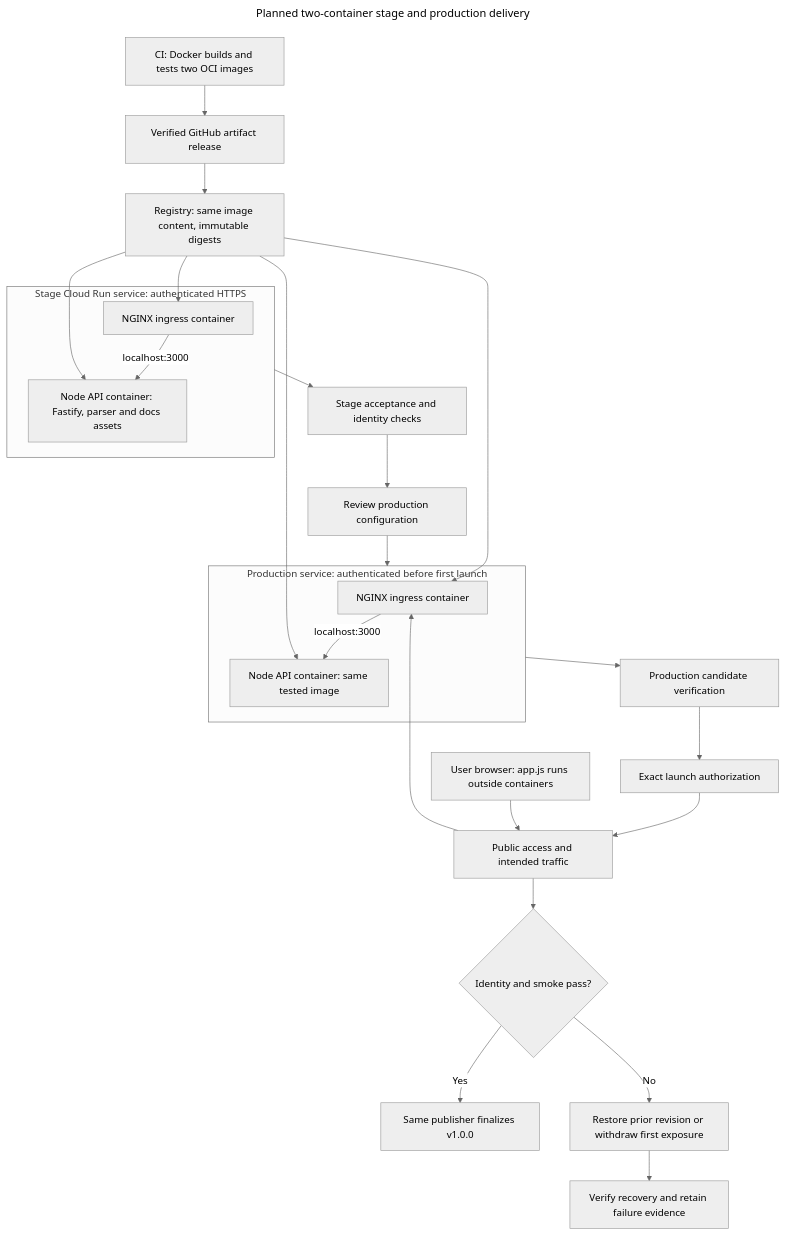
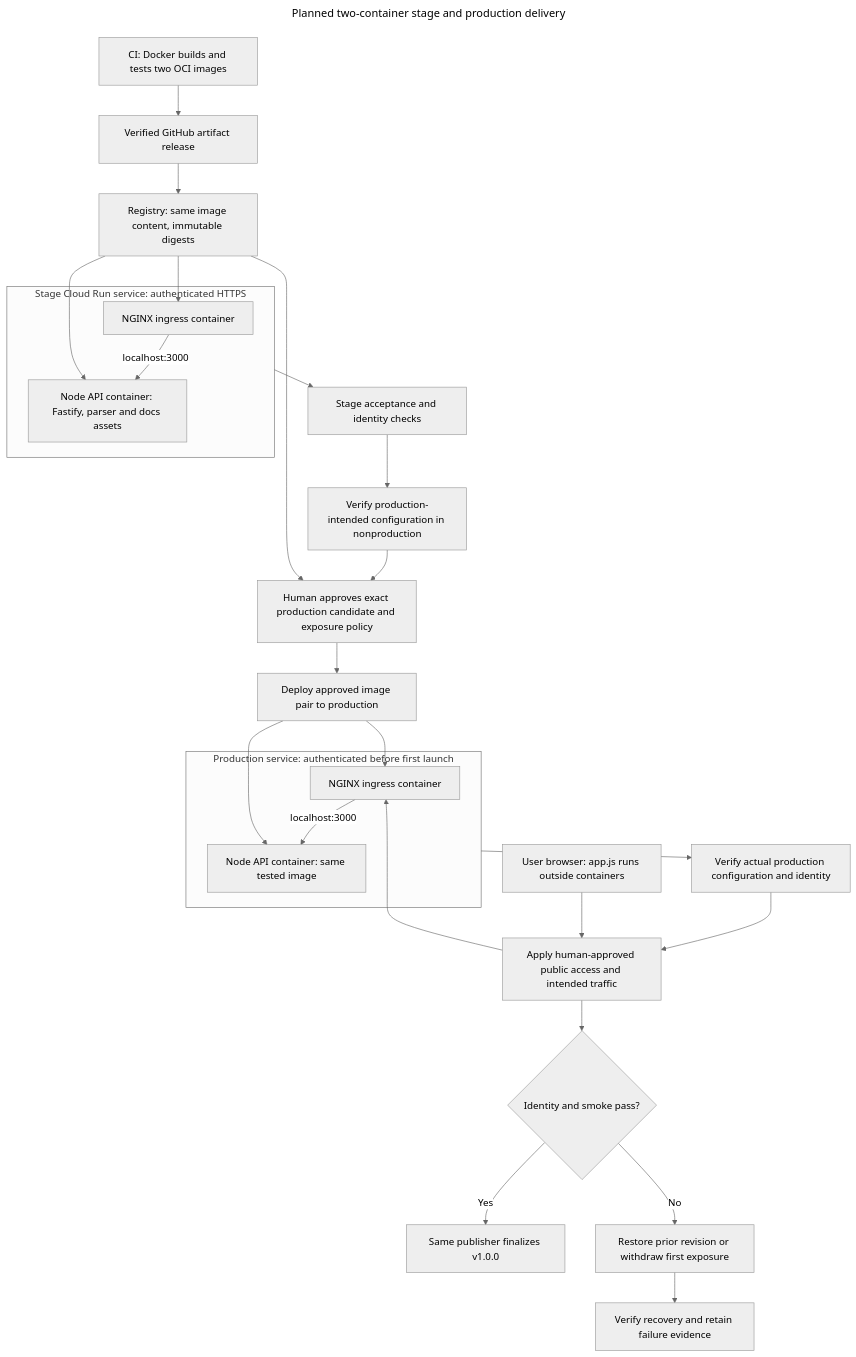
The diagram in docs/roadmap/diagrams/deployment.mmd (brobro10000/mp3-frame-counter), drawn with Mermaid (neutral theme) before and after one commit. The commit also changed 4 other files, not shown here.

Commit message:
docs(deployment): require human approval before production deployment

```diff
--- a/docs/roadmap/diagrams/deployment.mmd
+++ b/docs/roadmap/diagrams/deployment.mmd
@@ -1,42 +1,43 @@
 ---
 title: Planned two-container stage and production delivery
 query: >-
   Show planned Cloud Run services containing separately built NGINX and Node API containers, with the pure parser
   and docs assets inside the API container. CI builds/tests Docker images; Cloud Run runs their OCI contents without
   a hosted Docker daemon. Stage and production use the same tested digests and environment-specific configuration.
-  Keep prelaunch access authenticated, and show exact launch approval, smoke, metadata finalization and recovery.
+  Require human approval before any production application deployment, then show smoke, finalization and recovery.
   Browser code executes outside containers. No deployment is claimed by this diagram.
 references:
   - 'File: /docs/roadmap/README.md'
   - 'File: /docs/phases/next-iteration.md'
   - 'File: /docs/deployment/runbook.md'
 ---
 flowchart TD
     CI["CI: Docker builds and tests two OCI images"] --> PUB["Verified GitHub artifact release"]
     PUB --> REG["Registry: same image content, immutable digests"]
     subgraph STAGE["Stage Cloud Run service: authenticated HTTPS"]
         SF["NGINX ingress container"]
         SA["Node API container: Fastify, parser and docs assets"]
         SF -->|"localhost:3000"| SA
     end
     REG --> SF
     REG --> SA
     STAGE --> TEST["Stage acceptance and identity checks"]
-    TEST --> CONFIG["Review production configuration"]
+    TEST --> CONFIG["Verify production-intended configuration in nonproduction"]
+    CONFIG --> APPROVE["Human approves exact production candidate and exposure policy"]
+    REG --> APPROVE
     subgraph PROD["Production service: authenticated before first launch"]
         PF["NGINX ingress container"]
         PA["Node API container: same tested image"]
         PF -->|"localhost:3000"| PA
     end
-    CONFIG --> PROD
-    REG --> PF
-    REG --> PA
-    PROD --> VERIFY["Production candidate verification"]
-    VERIFY --> APPROVE["Exact launch authorization"]
-    APPROVE --> LIVE["Public access and intended traffic"]
+    APPROVE --> DEPLOY["Deploy approved image pair to production"]
+    DEPLOY --> PF
+    DEPLOY --> PA
+    PROD --> VERIFY["Verify actual production configuration and identity"]
+    VERIFY --> LIVE["Apply human-approved public access and intended traffic"]
     BROWSER["User browser: app.js runs outside containers"] --> LIVE
     LIVE --> PF
     LIVE --> SMOKE{"Identity and smoke pass?"}
     SMOKE -->|Yes| FINAL["Same publisher finalizes v1.0.0"]
     SMOKE -->|No| RECOVER["Restore prior revision or withdraw first exposure"]
     RECOVER --> CHECK["Verify recovery and retain failure evidence"]
```
